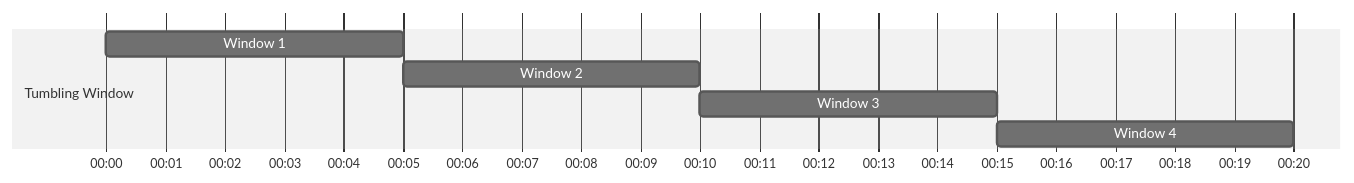
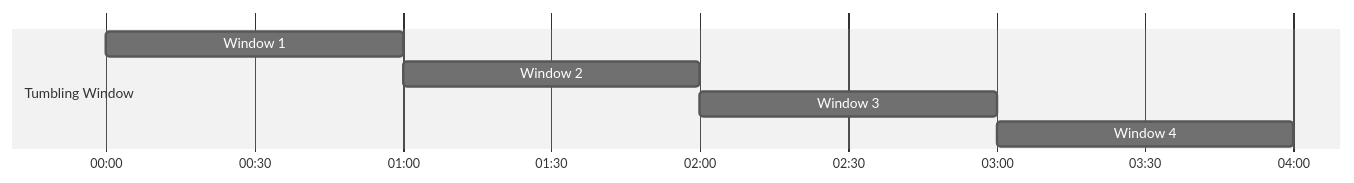
The first of 8 diagrams in writing/streaming_design.md (zmaril/bpfquery), drawn with Mermaid (neutral theme) before and after one commit. The commit also changed other lines of this file and 1 other file, not shown here.

````diff
--- a/writing/streaming_design.md
+++ b/writing/streaming_design.md
@@ -57,10 +53,10 @@
 ```mermaid
 gantt
     dateFormat  HH:mm
     axisFormat  %H:%M
     section Tumbling Window
-    Window 1    :a1, 00:00, 00:05
-    Window 2    :a2, 00:05, 00:10
-    Window 3    :a3, 00:10, 00:15
-    Window 4    :a4, 00:15, 00:20
+    Window 1    :a1, 00:00, 01:00
+    Window 2    :a2, 01:00, 02:00
+    Window 3    :a3, 02:00, 03:00
+    Window 4    :a4, 03:00, 04:00
 ```
````
